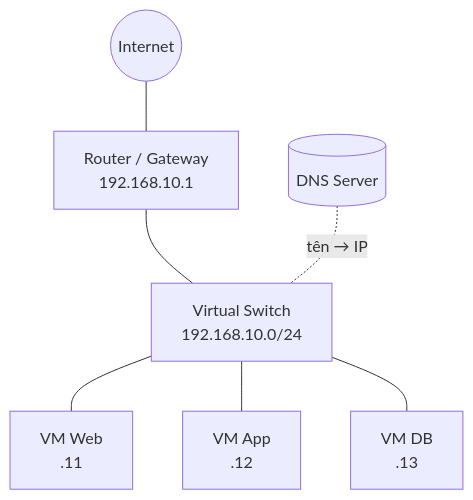
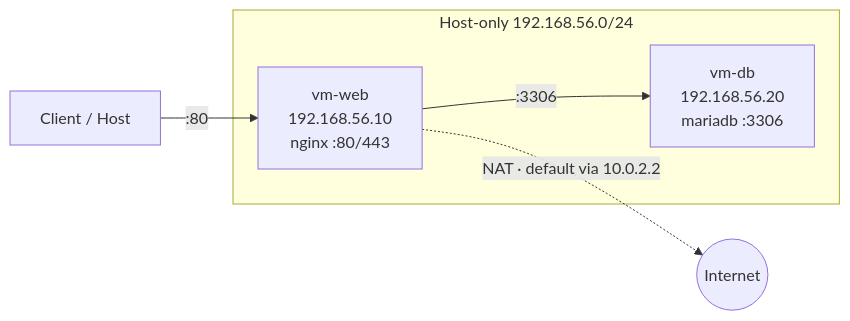
The first of 4 diagrams in slides.md (leluc212/Presentation), drawn with Mermaid before and after one commit. The commit also changed other lines of this file and 6 other files, not shown here.

````diff
--- a/slides.md
+++ b/slides.md
@@ -280,9 +395,8 @@
-```mermaid {scale: 0.52}
-flowchart TB
-  NET((Internet)) --- R[Router / Gateway<br/>192.168.10.1]
-  R --- SW[Virtual Switch<br/>192.168.10.0/24]
-  SW --- V1[VM Web<br/>.11]
-  SW --- V2[VM App<br/>.12]
-  SW --- V3[VM DB<br/>.13]
-  DNS[(DNS Server)] -. tên → IP .- SW
+```mermaid {scale: 0.82}
+flowchart LR
+  C[Client / Host] -- ":80" --> W
+  subgraph HO[Host-only 192.168.56.0/24]
+    W[vm-web<br/>192.168.56.10<br/>nginx :80/443] -- ":3306" --> D[vm-db<br/>192.168.56.20<br/>mariadb :3306]
+  end
+  W -. "NAT · default via 10.0.2.2" .-> I((Internet))
 ```
````
